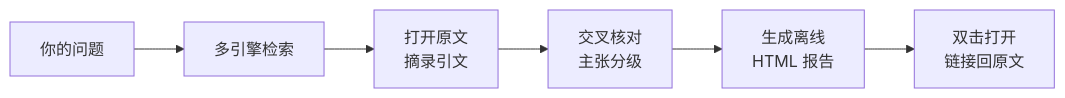
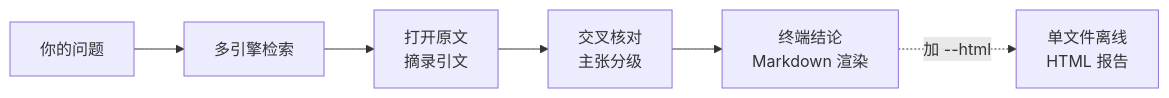
Before and after one commit to yxxbc/VeriScout: the diagram in README.md, drawn with Mermaid. The commit also changed other lines of this file and 1 other file, not shown here.

Commit message:
docs: 首页一句话与流程图跟上新默认（终端结论 + 可选 --html），release notes 补上同样说明

````diff
--- a/README.md
+++ b/README.md
@@ -57,8 +57,8 @@
 ```mermaid
 flowchart LR
   A[你的问题] --> B[多引擎检索]
   B --> C[打开原文<br>摘录引文]
   C --> D[交叉核对<br>主张分级]
-  D --> E[生成离线<br>HTML 报告]
-  E --> F[双击打开<br>链接回原文]
+  D --> E[终端结论<br>Markdown 渲染]
+  E -. 加 --html .-> F[单文件离线<br>HTML 报告]
 ```
````
